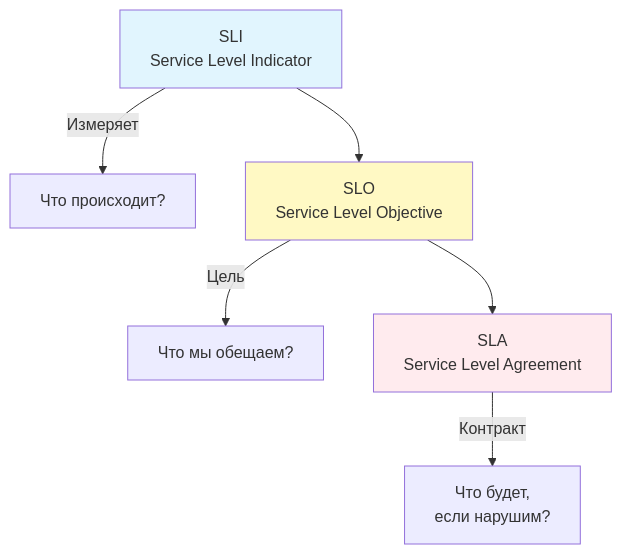
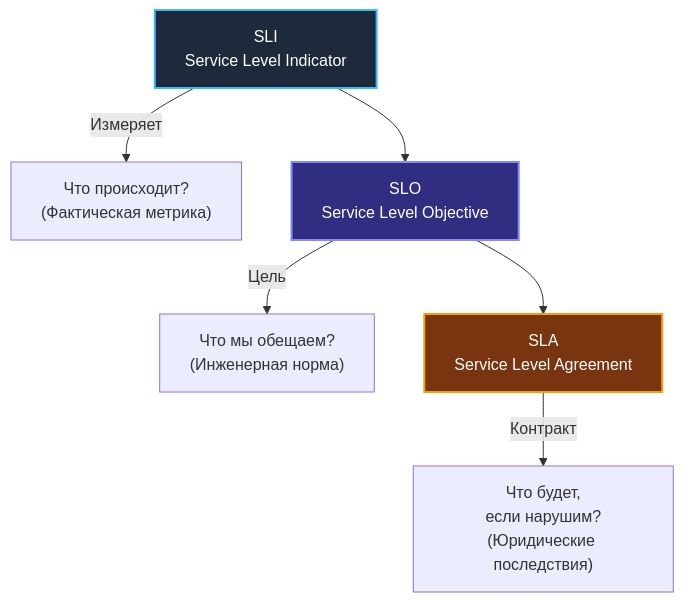
Before and after one commit to UnrealTemplier/go-textbook: the diagram in sources/18. Observability (Мониторинг и наблюдаемость)/02. Метрики/5. SLA, SLO, SLI.md, drawn with Mermaid. The commit also changed other lines of this file, not shown here.

Commit message:
feat(module-18): editorial rewrite of 02.5 SLA, SLO, SLI in Kernighan style

````diff
--- a/sources/18. Observability (Мониторинг и наблюдаемость)/02. Метрики/5. SLA, SLO, SLI.md
+++ b/sources/18. Observability (Мониторинг и наблюдаемость)/02. Метрики/5. SLA, SLO, SLI.md
@@ -11,13 +18,13 @@
 ```mermaid
 flowchart TD
-    A["SLI<br>Service Level Indicator"] -->|"Измеряет"| B["Что происходит?"]
-    C["SLO<br>Service Level Objective"] -->|"Цель"| D["Что мы обещаем?"]
-    E["SLA<br>Service Level Agreement"] -->|"Контракт"| F["Что будет,<br>если нарушим?"]
+    A["SLI<br>Service Level Indicator"] -->|"Измеряет"| B["Что происходит?<br>(Фактическая метрика)"]
+    C["SLO<br>Service Level Objective"] -->|"Цель"| D["Что мы обещаем?<br>(Инженерная норма)"]
+    E["SLA<br>Service Level Agreement"] -->|"Контракт"| F["Что будет,<br>если нарушим?<br>(Юридические последствия)"]
     
     A --> C
     C --> E
     
-    style A fill:#e1f5fe
-    style C fill:#fff9c4
-    style E fill:#ffebee
+    style A fill:#1e293b,stroke:#38bdf8,stroke-width:2px,color:#fff
+    style C fill:#312e81,stroke:#818cf8,stroke-width:2px,color:#fff
+    style E fill:#78350f,stroke:#f59e0b,stroke-width:2px,color:#fff
 ```
````
